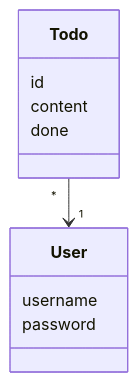
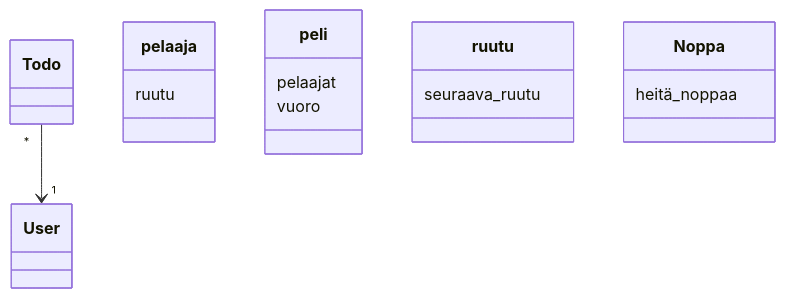
Before and after one commit to aitoAarni/ot-harjoitustyo-take2: the diagram in laskarit/viikko3/monopolia.md, drawn with Mermaid.

````diff
--- a/laskarit/viikko3/monopolia.md
+++ b/laskarit/viikko3/monopolia.md
@@ -4,13 +4,17 @@
 ```mermaid
  classDiagram
       Todo "*" --> "1" User
-      class User{
-          username
-          password
+      class pelaaja{
+          ruutu
       }
-      class Todo{
-          id
-          content
-          done
+      class peli{
+          pelaajat
+          vuoro
+      }
+      class ruutu{
+          seuraava_ruutu
+      }
+      class Noppa{
+          heitä_noppaa
       }
 ```
````
